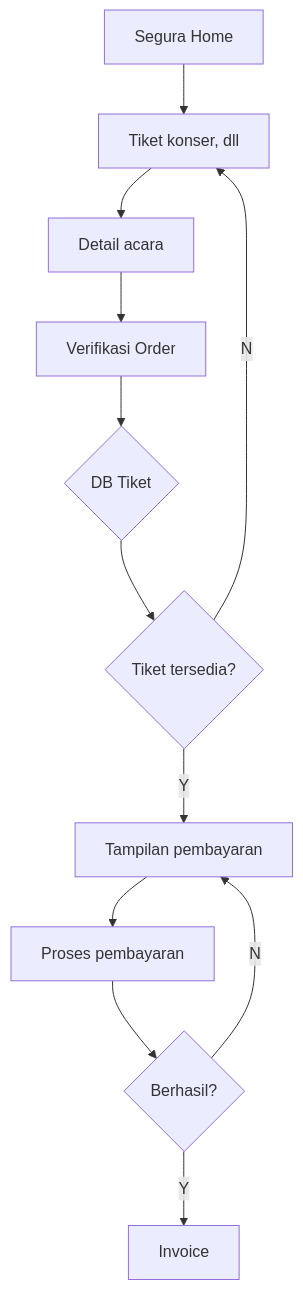
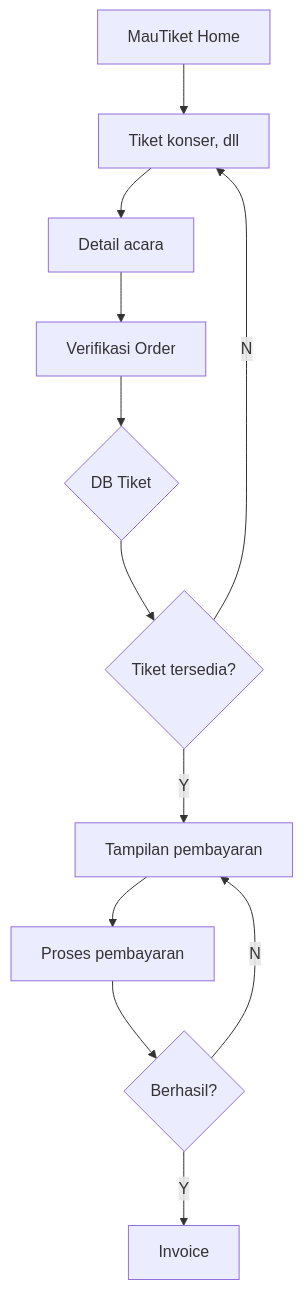
The diagram in docs/api/index.md (Techave-Dev/docs.mautiket.com), drawn with Mermaid before and after one commit.

Commit message:
docs: fix flow diagram branding and update documentation

````diff
--- a/docs/api/index.md
+++ b/docs/api/index.md
@@ -15,14 +15,14 @@
 ```mermaid
 flowchart TD
-    A[Segura Home] --> B[Tiket konser, dll]
+    A[MauTiket Home] --> B[Tiket konser, dll]
     B --> C[Detail acara]
     C --> D[Verifikasi Order]
     D --> E{DB Tiket}
     E --> F{Tiket tersedia?}
     F -->|N| B
     F -->|Y| G[Tampilan pembayaran]
     G --> H[Proses pembayaran]
     H --> I{Berhasil?}
     I -->|N| G
     I -->|Y| J[Invoice]
 ```
````
